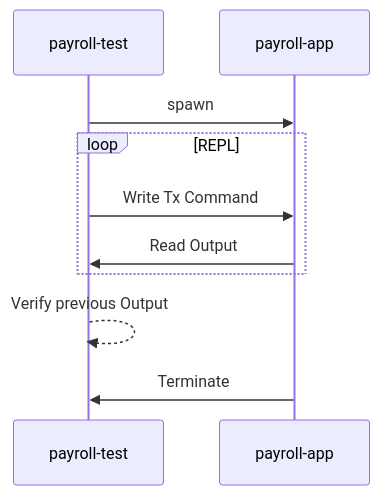
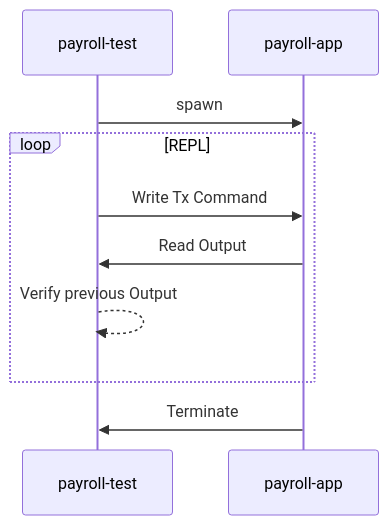
One commit to cutsea110/payroll changed the diagram in payroll-test/README.md. Above: the diagram before and after it, drawn with Mermaid.

Commit message:
modify diagram

````diff
--- a/payroll-test/README.md
+++ b/payroll-test/README.md
@@ -5,13 +5,13 @@
 ```mermaid
 sequenceDiagram
     participant PayrollTest as payroll-test
     participant PayrollApp as payroll-app
 
     PayrollTest->>PayrollApp: spawn
     loop REPL
         PayrollTest->>PayrollApp: Write Tx Command
         PayrollApp->>PayrollTest: Read Output
+        PayrollTest-->>PayrollTest: Verify previous Output
     end
-    PayrollTest-->>PayrollTest: Verify previous Output
     PayrollApp->>PayrollTest: Terminate
 ```
````
